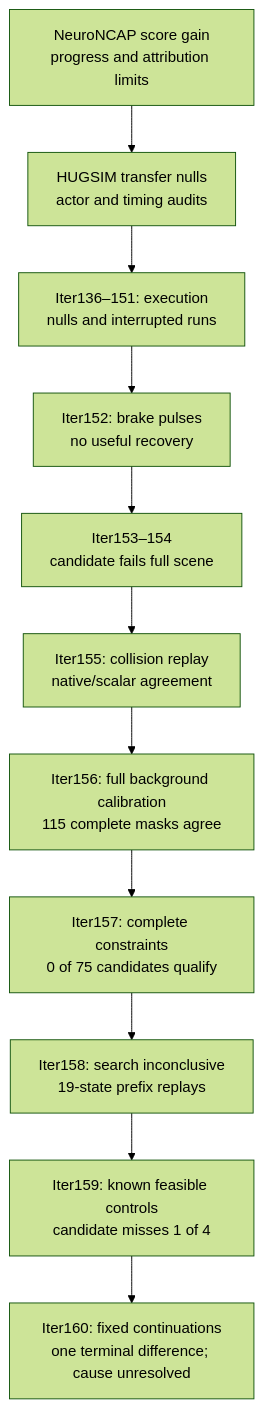
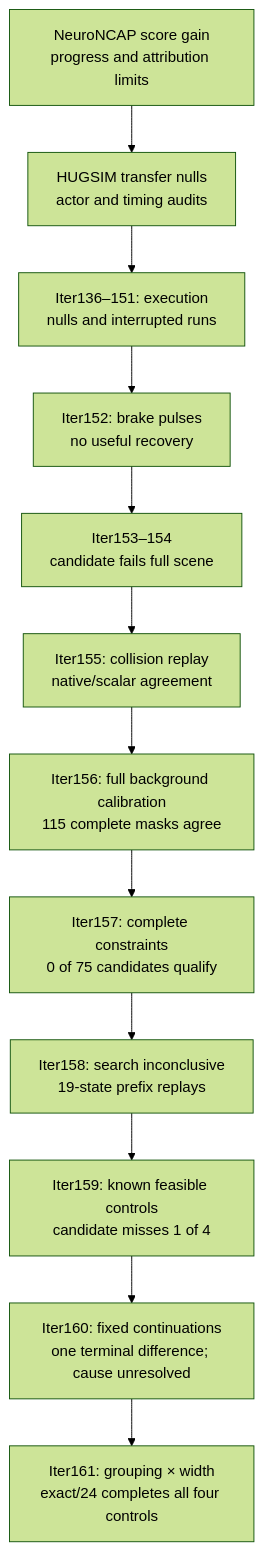
The second of 3 diagrams in README.md (manfromnowhere143/sentinel), drawn with Mermaid (forest theme) before and after one commit. The commit also changed other lines of this file and 26 other files, not shown here.

Commit message:
Close grouping-width ablation and document exact-state qualification

````diff
--- a/README.md
+++ b/README.md
@@ -227,15 +227,16 @@
 ```mermaid
 flowchart TB
   accTitle: How the evidence changed the research question
   accDescr: Benchmark gains and transfer nulls lead to recovery tests, a failed model candidate, and a verified background collision witness.
   N["NeuroNCAP score gain<br/>progress and attribution limits"] --> T["HUGSIM transfer nulls<br/>actor and timing audits"]
   T --> E["Iter136–151: execution<br/>nulls and interrupted runs"]
   E --> P["Iter152: brake pulses<br/>no useful recovery"]
   P --> M["Iter153–154<br/>candidate fails full scene"]
   M --> W["Iter155: collision replay<br/>native/scalar agreement"]
   W --> C["Iter156: full background calibration<br/>115 complete masks agree"]
   C --> L["Iter157: complete constraints<br/>0 of 75 candidates qualify"]
   L --> A["Iter158: search inconclusive<br/>19-state prefix replays"]
   A --> Q["Iter159: known feasible controls<br/>candidate misses 1 of 4"]
   Q --> K["Iter160: fixed continuations<br/>one terminal difference; cause unresolved"]
+  K --> G["Iter161: grouping × width<br/>exact/24 completes all four controls"]
 ```
````
